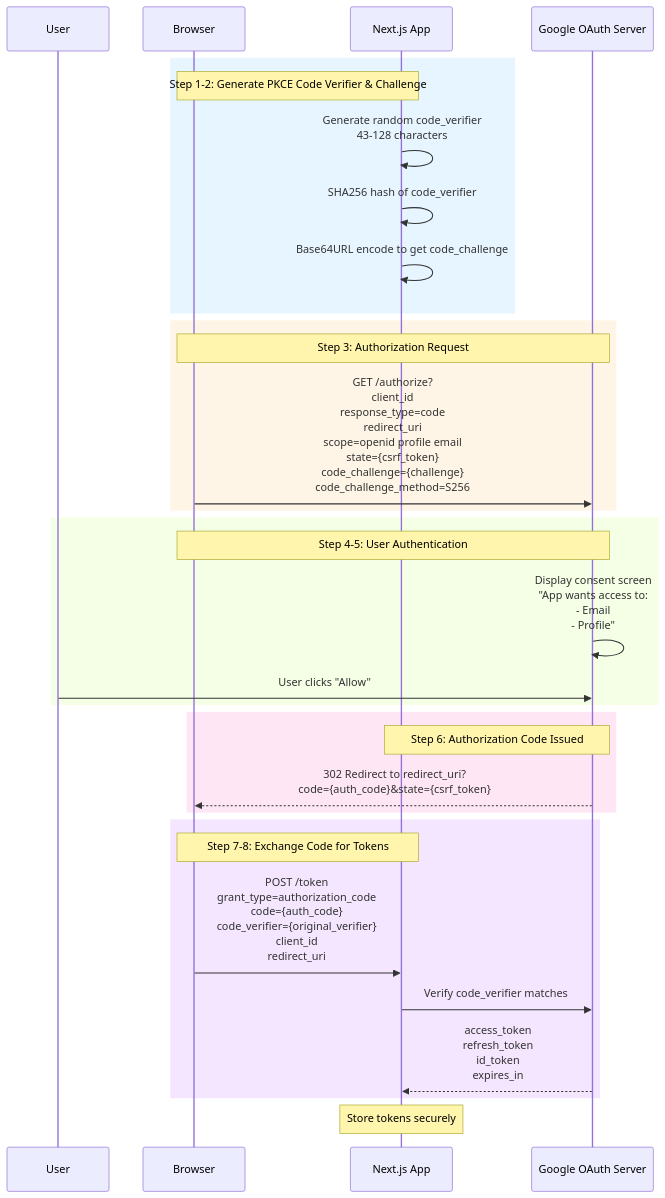
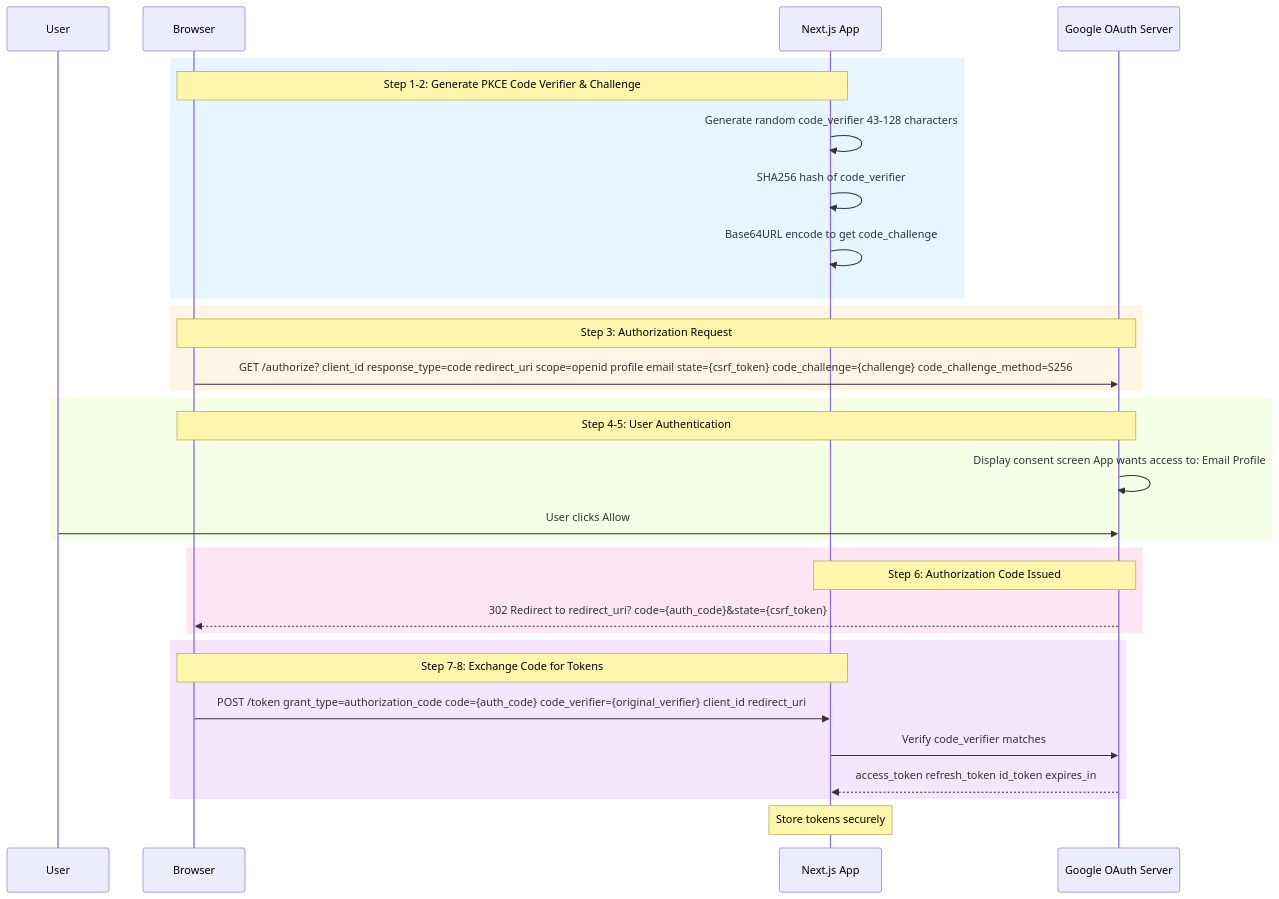
One commit to PKPL-Pusing-Kurang-Paham-Lurr/tk-2 changed the third of 18 diagrams in README.md. Above: the diagram before and after it, drawn with Mermaid. The commit also changed other lines of this file, not shown here.

````diff
--- a/README.md
+++ b/README.md
@@ -184,39 +184,39 @@
 ```mermaid
 sequenceDiagram
     participant U as User
     participant B as Browser
     participant N as Next.js App
     participant G as Google OAuth Server
 
     rect rgb(230, 245, 255)
         Note over B,N: Step 1-2: Generate PKCE Code Verifier & Challenge
-        N->>N: Generate random code_verifier<br/>43-128 characters
+        N->>N: Generate random code_verifier 43-128 characters
         N->>N: SHA256 hash of code_verifier
         N->>N: Base64URL encode to get code_challenge
     end
 
     rect rgb(255, 245, 230)
         Note over B,G: Step 3: Authorization Request
-        B->>G: GET /authorize?<br/>client_id<br/>response_type=code<br/>redirect_uri<br/>scope=openid profile email<br/>state={csrf_token}<br/>code_challenge={challenge}<br/>code_challenge_method=S256
+        B->>G: GET /authorize? client_id response_type=code redirect_uri scope=openid profile email state={csrf_token} code_challenge={challenge} code_challenge_method=S256
     end
 
     rect rgb(245, 255, 230)
         Note over G,B: Step 4-5: User Authentication
-        G->>G: Display consent screen<br/>"App wants access to:<br/>- Email<br/>- Profile"
-        U->>G: User clicks "Allow"
+        G->>G: Display consent screen App wants access to: Email Profile
+        U->>G: User clicks Allow
     end
 
     rect rgb(255, 230, 245)
         Note over G,N: Step 6: Authorization Code Issued
-        G-->>B: 302 Redirect to redirect_uri?<br/>code={auth_code}&state={csrf_token}
+        G-->>B: 302 Redirect to redirect_uri? code={auth_code}&state={csrf_token}
     end
 
     rect rgb(245, 230, 255)
         Note over B,N: Step 7-8: Exchange Code for Tokens
-        B->>N: POST /token<br/>grant_type=authorization_code<br/>code={auth_code}<br/>code_verifier={original_verifier}<br/>client_id<br/>redirect_uri
+        B->>N: POST /token grant_type=authorization_code code={auth_code} code_verifier={original_verifier} client_id redirect_uri
         N->>G: Verify code_verifier matches
-        G-->>N: access_token<br/>refresh_token<br/>id_token<br/>expires_in
+        G-->>N: access_token refresh_token id_token expires_in
     end
 
     Note over N: Store tokens securely
 ```
````
